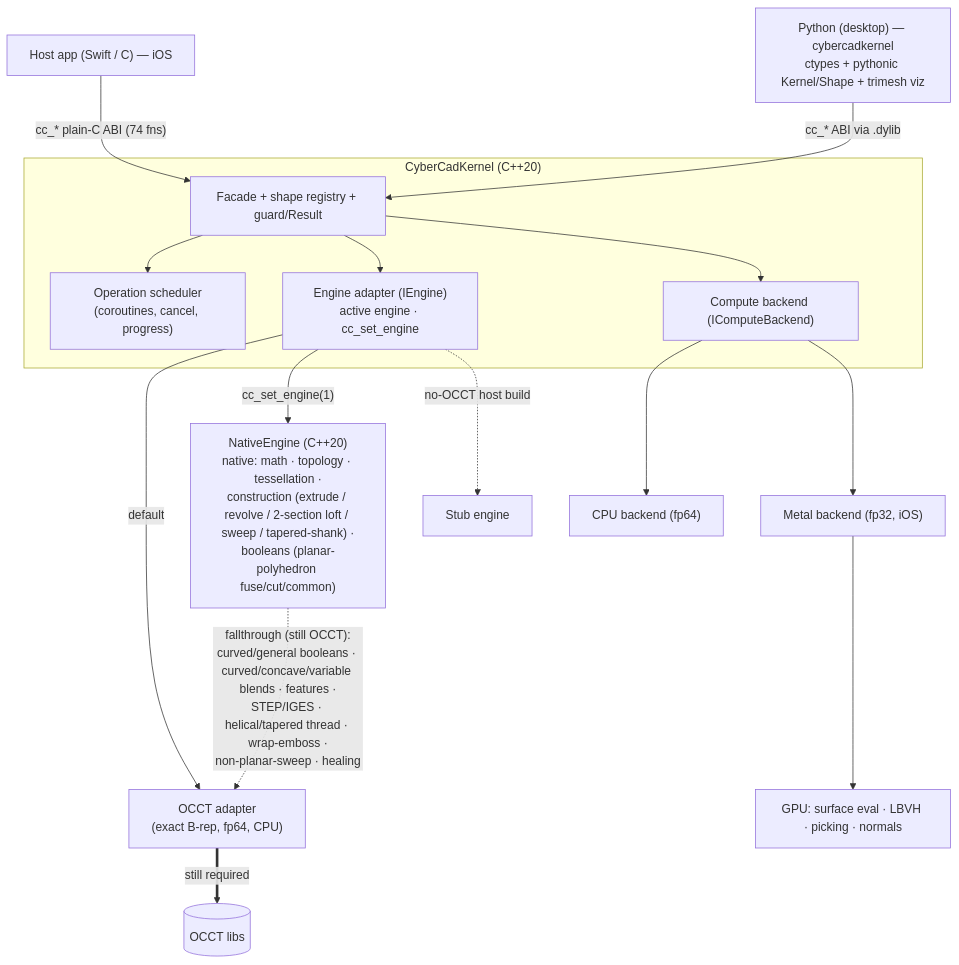
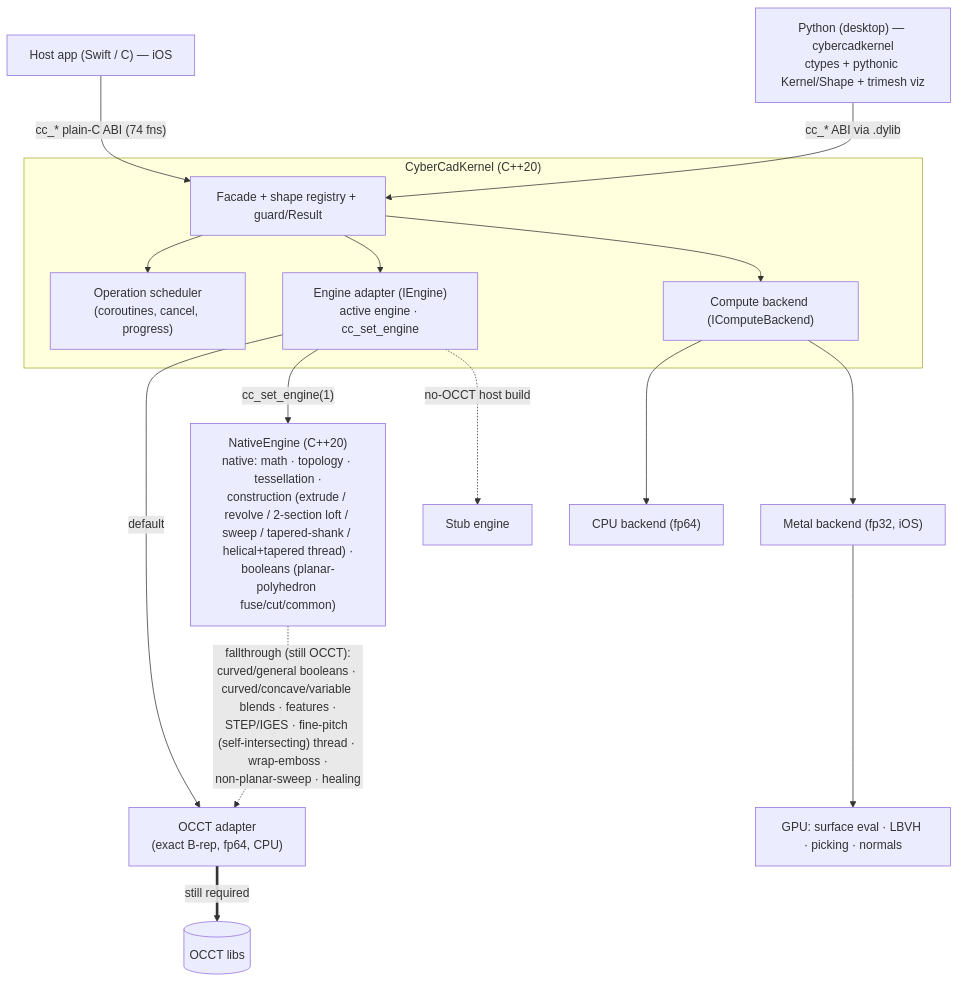
The diagram in README.md (CyberdyneCorp/CyberCadKernel), drawn with Mermaid before and after one commit. The commit also changed other lines of this file and 12 other files, not shown here.

````diff
--- a/README.md
+++ b/README.md
@@ -33,27 +33,27 @@
 ```mermaid
 flowchart TD
     App["Host app (Swift / C) — iOS"] -->|"cc_* plain-C ABI (74 fns)"| Facade
     Py["Python (desktop) — cybercadkernel<br/>ctypes + pythonic Kernel/Shape + trimesh viz"] -->|"cc_* ABI via .dylib"| Facade
 
     subgraph Kernel["CyberCadKernel (C++20)"]
         Facade["Facade + shape registry + guard/Result"]
         Sched["Operation scheduler<br/>(coroutines, cancel, progress)"]
         Engine["Engine adapter (IEngine)<br/>active engine · cc_set_engine"]
         Compute["Compute backend (IComputeBackend)"]
 
         Facade --> Sched
         Facade --> Engine
         Facade --> Compute
     end
 
     Engine -->|"default"| OCCT["OCCT adapter<br/>(exact B-rep, fp64, CPU)"]
-    Engine -->|"cc_set_engine(1)"| Native["NativeEngine (C++20)<br/>native: math · topology · tessellation ·<br/>construction (extrude / revolve / 2-section loft / sweep / tapered-shank) ·<br/>booleans (planar-polyhedron fuse/cut/common)"]
+    Engine -->|"cc_set_engine(1)"| Native["NativeEngine (C++20)<br/>native: math · topology · tessellation ·<br/>construction (extrude / revolve / 2-section loft / sweep / tapered-shank / helical+tapered thread) ·<br/>booleans (planar-polyhedron fuse/cut/common)"]
     Engine -.->|"no-OCCT host build"| Stub["Stub engine"]
 
-    Native -.->|"fallthrough (still OCCT):<br/>curved/general booleans · curved/concave/variable blends · features ·<br/>STEP/IGES · helical/tapered thread · wrap-emboss ·<br/>non-planar-sweep · healing"| OCCT
+    Native -.->|"fallthrough (still OCCT):<br/>curved/general booleans · curved/concave/variable blends · features ·<br/>STEP/IGES · fine-pitch (self-intersecting) thread · wrap-emboss ·<br/>non-planar-sweep · healing"| OCCT
     OCCT ==>|"still required"| OCCTlib[("OCCT libs")]
 
     Compute --> CPUb["CPU backend (fp64)"]
     Compute --> Metal["Metal backend (fp32, iOS)"]
     Metal --> GPU["GPU: surface eval · LBVH · picking · normals"]
 ```
````
